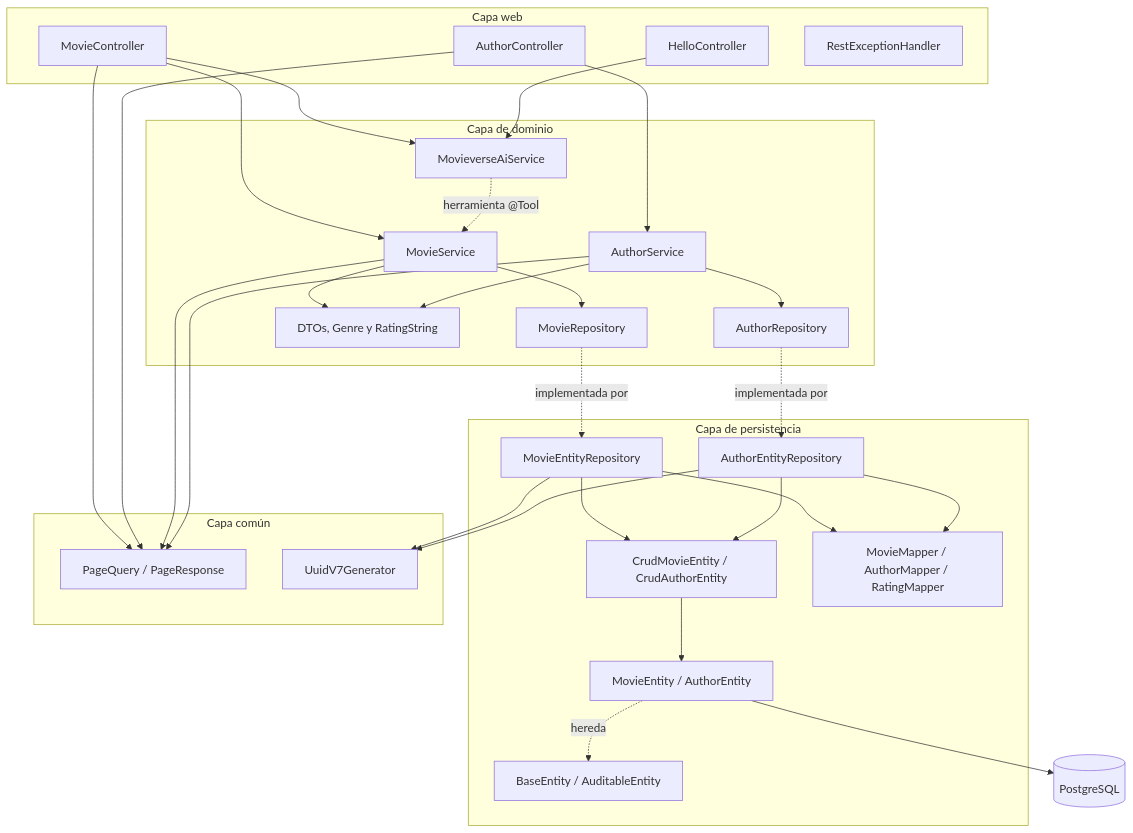
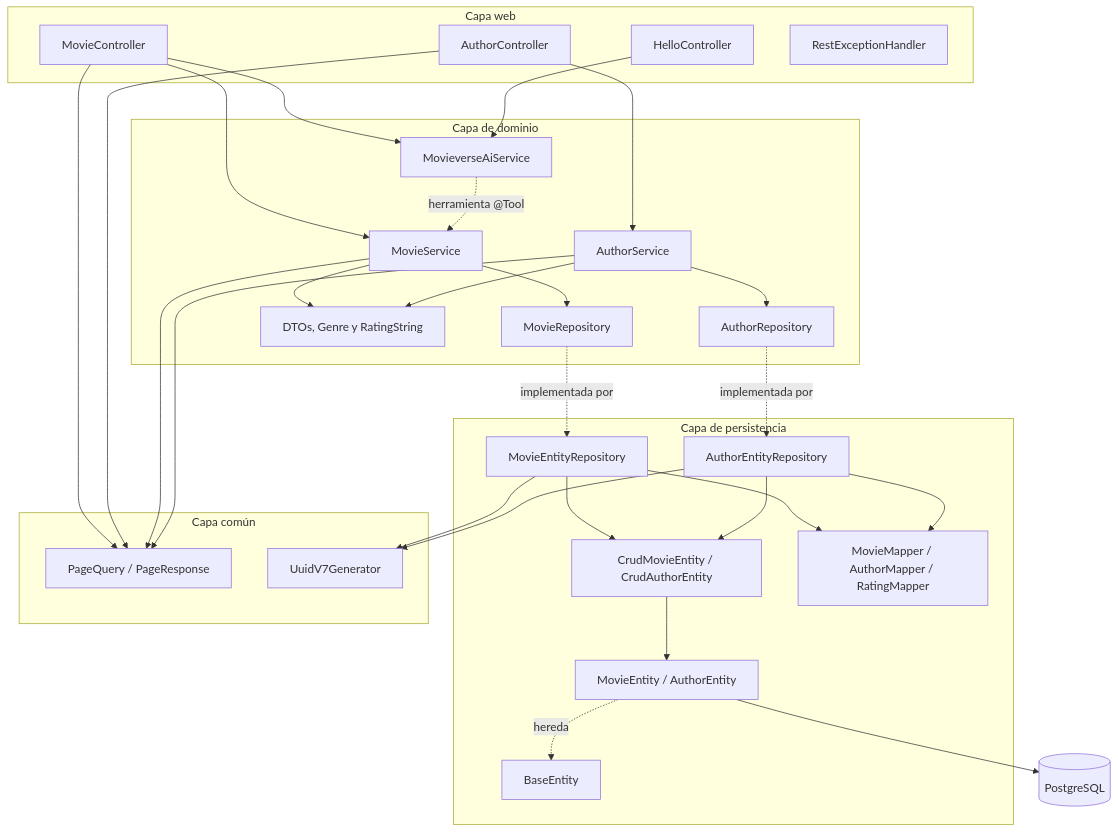
The first of 3 diagrams in ARCHITECTURE.md (afperdomo2/movieverse_api_java_spring), drawn with Mermaid before and after one commit. The commit also changed other lines of this file and 5 other files, not shown here.

Commit message:
refactor: replace AuditableEntity with BaseEntity in entity classes and update documentation

````diff
--- a/ARCHITECTURE.md
+++ b/ARCHITECTURE.md
@@ -15,59 +15,59 @@
 ```mermaid
 flowchart TB
   subgraph Web["Capa web"]
     MC[MovieController]
     AC[AuthorController]
     HC[HelloController]
     EH[RestExceptionHandler]
   end
 
   subgraph Domain["Capa de dominio"]
     MS[MovieService]
     AS[AuthorService]
     MR[MovieRepository]
     AR[AuthorRepository]
     AI[MovieverseAiService]
     DTO[DTOs, Genre y RatingString]
   end
 
   subgraph Persistence["Capa de persistencia"]
     PER[MovieEntityRepository]
     AER[AuthorEntityRepository]
     CRUD[CrudMovieEntity / CrudAuthorEntity]
     MAP[MovieMapper / AuthorMapper / RatingMapper]
     ENT[MovieEntity / AuthorEntity]
-    BASE[BaseEntity / AuditableEntity]
+    BASE[BaseEntity]
   end
 
   subgraph Common["Capa común"]
     PAG[PageQuery / PageResponse]
     UUIDG[UuidV7Generator]
   end
 
   DB[(PostgreSQL)]
 
   MC --> MS
   MC --> AI
   MC --> PAG
   AC --> AS
   AC --> PAG
   HC --> AI
   MS --> MR
   AS --> AR
   MS --> PAG
   AS --> PAG
   MR -. implementada por .-> PER
   AR -. implementada por .-> AER
   PER --> CRUD
   AER --> CRUD
   PER --> MAP
   AER --> MAP
   PER --> UUIDG
   AER --> UUIDG
   CRUD --> ENT
   ENT -. hereda .-> BASE
   ENT --> DB
   MS --> DTO
   AS --> DTO
   AI -. herramienta @Tool .-> MS
 ```
````
